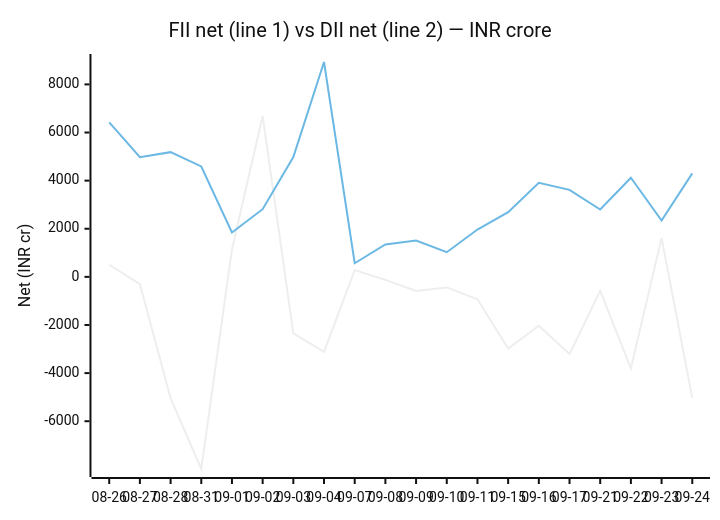
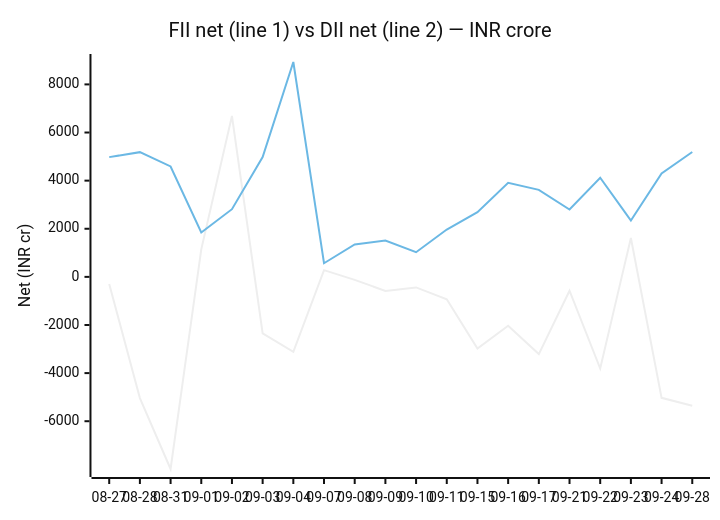
Before and after one commit to chirag127/fii-dii-activity-api: the second of 2 diagrams in README.md, drawn with Mermaid (neutral theme). The commit also changed 2 other files, not shown here.

Commit message:
data: scrape 2026-09-28

````diff
--- a/README.md
+++ b/README.md
@@ -53,8 +53,8 @@
 ```mermaid
 xychart-beta
     title "FII net (line 1) vs DII net (line 2) — INR crore"
-    x-axis ["08-26", "08-27", "08-28", "08-31", "09-01", "09-02", "09-03", "09-04", "09-07", "09-08", "09-09", "09-10", "09-11", "09-15", "09-16", "09-17", "09-21", "09-22", "09-23", "09-24"]
+    x-axis ["08-27", "08-28", "08-31", "09-01", "09-02", "09-03", "09-04", "09-07", "09-08", "09-09", "09-10", "09-11", "09-15", "09-16", "09-17", "09-21", "09-22", "09-23", "09-24", "09-28"]
     y-axis "Net (INR cr)" -7986 --> 8931
-    line [502.63, -298.26, -5039.8, -7985.88, 1143.38, 6688.37, -2345.87, -3111.94, 280.13, -123.19, -582.99, -438.24, -930.9, -2977.86, -2032.61, -3208.76, -576.2, -3809.99, 1617.45, -5027.36]
-    line [6425.16, 4977.17, 5183.93, 4588.88, 1846.94, 2812.98, 4977.46, 8930.12, 566.76, 1349.64, 1509.04, 1025.85, 1968.17, 2686.05, 3908.23, 3617.75, 2797.27, 4120.07, 2341.46, 4301.18]
+    line [-298.26, -5039.8, -7985.88, 1143.38, 6688.37, -2345.87, -3111.94, 280.13, -123.19, -582.99, -438.24, -930.9, -2977.86, -2032.61, -3208.76, -576.2, -3809.99, 1617.45, -5027.36, -5353.22]
+    line [4977.17, 5183.93, 4588.88, 1846.94, 2812.98, 4977.46, 8930.12, 566.76, 1349.64, 1509.04, 1025.85, 1968.17, 2686.05, 3908.23, 3617.75, 2797.27, 4120.07, 2341.46, 4301.18, 5189.02]
 ```
````
